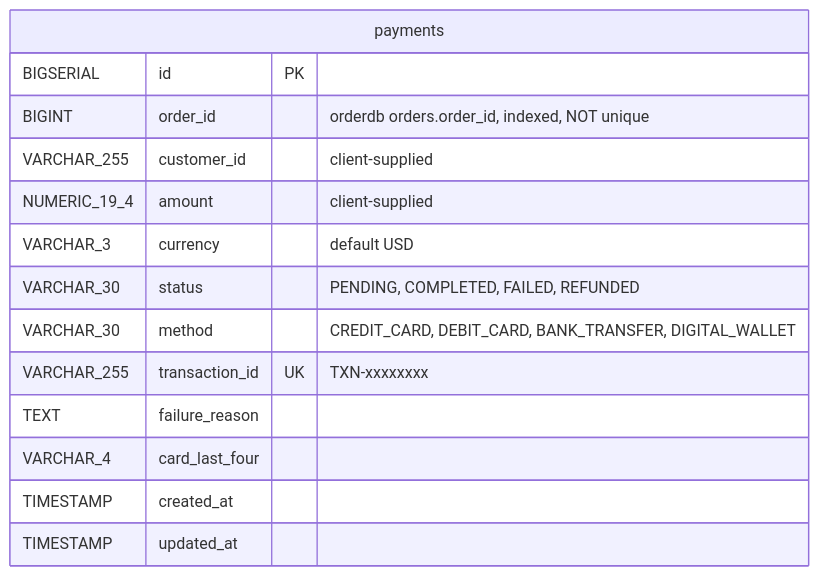
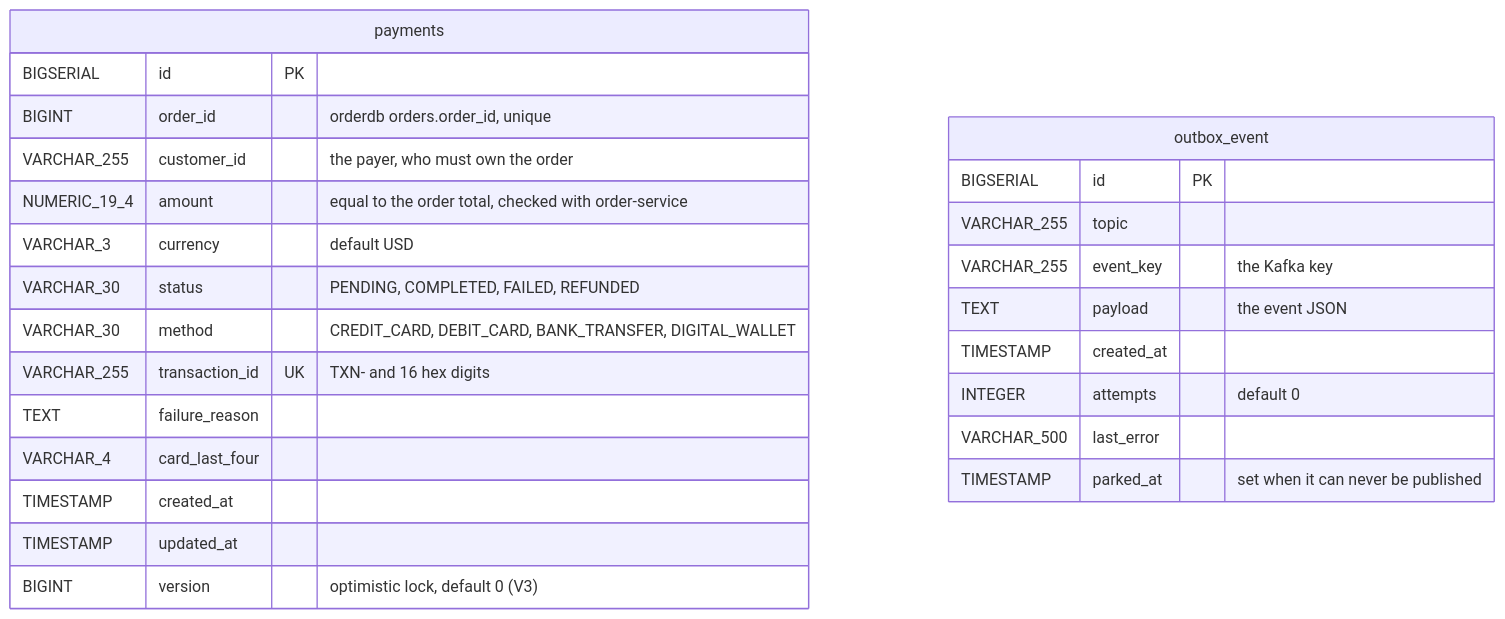
Before and after one commit to bmcnpnr/ecommerce-platform: the fourth of 7 diagrams in docs/data-model.md, drawn with Mermaid. The commit also changed other lines of this file and 58 other files, not shown here.

````diff
--- a/docs/data-model.md
+++ b/docs/data-model.md
@@ -127,17 +149,28 @@
 ```mermaid
 erDiagram
     payments {
         BIGSERIAL id PK
-        BIGINT order_id "orderdb orders.order_id, indexed, NOT unique"
-        VARCHAR_255 customer_id "client-supplied"
-        NUMERIC_19_4 amount "client-supplied"
+        BIGINT order_id "orderdb orders.order_id, unique"
+        VARCHAR_255 customer_id "the payer, who must own the order"
+        NUMERIC_19_4 amount "equal to the order total, checked with order-service"
         VARCHAR_3 currency "default USD"
         VARCHAR_30 status "PENDING, COMPLETED, FAILED, REFUNDED"
         VARCHAR_30 method "CREDIT_CARD, DEBIT_CARD, BANK_TRANSFER, DIGITAL_WALLET"
-        VARCHAR_255 transaction_id UK "TXN-xxxxxxxx"
+        VARCHAR_255 transaction_id UK "TXN- and 16 hex digits"
         TEXT failure_reason
         VARCHAR_4 card_last_four
         TIMESTAMP created_at
         TIMESTAMP updated_at
+        BIGINT version "optimistic lock, default 0 (V3)"
+    }
+    outbox_event {
+        BIGSERIAL id PK
+        VARCHAR_255 topic
+        VARCHAR_255 event_key "the Kafka key"
+        TEXT payload "the event JSON"
+        TIMESTAMP created_at
+        INTEGER attempts "default 0"
+        VARCHAR_500 last_error
+        TIMESTAMP parked_at "set when it can never be published"
     }
 ```
````
